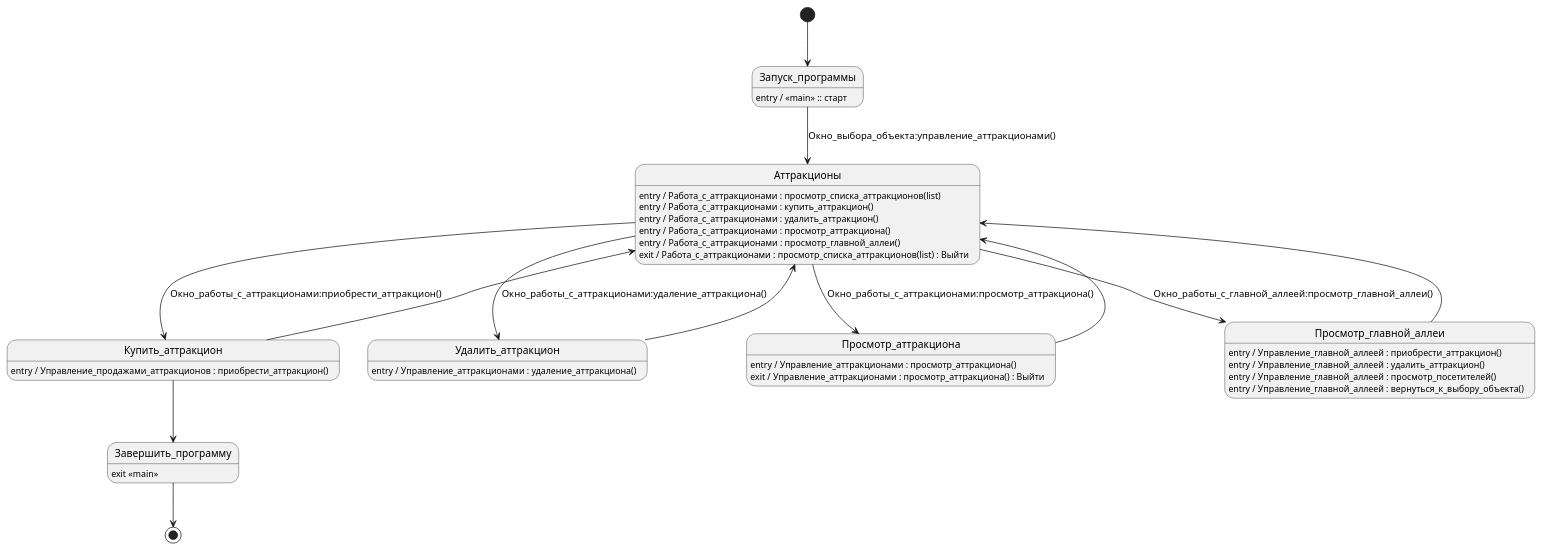
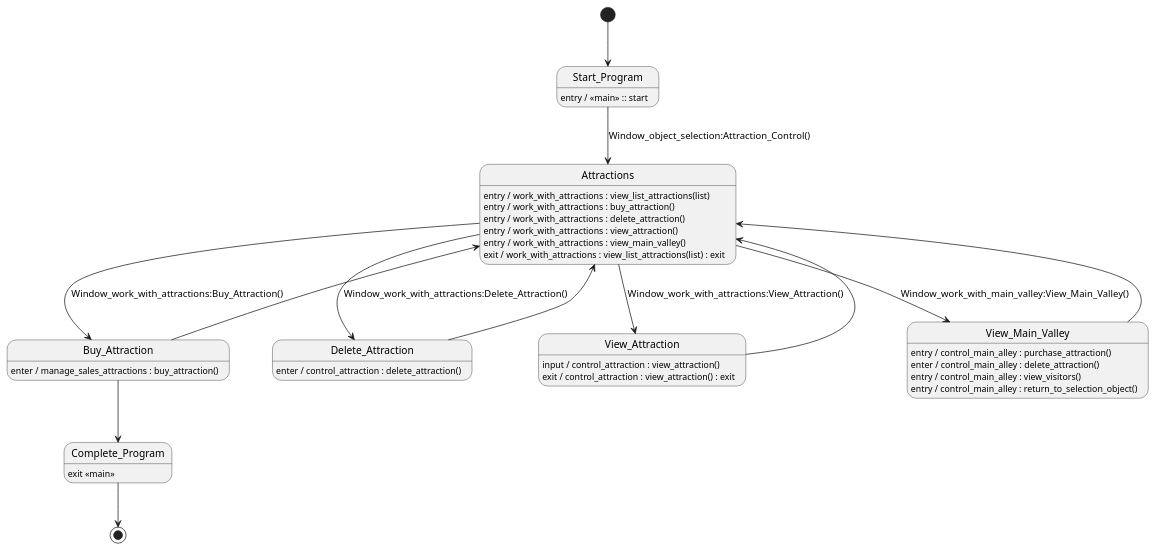
Before and after one commit to mzhirko/amusement-park: the diagram in description/diagrams/diagrams-en/state/state-attractions.wsd, drawn with PlantUML. The commit also changed 5 other files, not shown here.

Commit message:
Translate state + uc diagrams + render images

```diff
--- a/description/diagrams/diagrams-en/state/state-attractions.wsd
+++ b/description/diagrams/diagrams-en/state/state-attractions.wsd
@@ -1,38 +1,38 @@
 @startuml
 hide empty description
 
-[*] --> Запуск_программы
-    Запуск_программы : entry / <<main>> :: старт
-    Запуск_программы --> Аттракционы : Окно_выбора_объекта:управление_аттракционами()
-        Аттракционы : entry / Работа_с_аттракционами : просмотр_списка_аттракционов(list)
-        Аттракционы : entry / Работа_с_аттракционами : купить_аттракцион()
-        Аттракционы : entry / Работа_с_аттракционами : удалить_аттракцион()
-        Аттракционы : entry / Работа_с_аттракционами : просмотр_аттракциона()
-        Аттракционы : entry / Работа_с_аттракционами : просмотр_главной_аллеи()
-        Аттракционы : exit / Работа_с_аттракционами : просмотр_списка_аттракционов(list) : Выйти
+[*] --> Start_Program
+    Start_Program : entry / <<main>> :: start
+    Start_Program --> Attractions : Window_object_selection:Attraction_Control()
+        Attractions : entry / work_with_attractions : view_list_attractions(list)
+        Attractions : entry / work_with_attractions : buy_attraction()
+        Attractions : entry / work_with_attractions : delete_attraction()
+        Attractions : entry / work_with_attractions : view_attraction()
+        Attractions : entry / work_with_attractions : view_main_valley()
+        Attractions : exit / work_with_attractions : view_list_attractions(list) : exit
 
-            Аттракционы --> Купить_аттракцион : Окно_работы_с_аттракционами:приобрести_аттракцион()
-                Купить_аттракцион : entry / Управление_продажами_аттракционов : приобрести_аттракцион()
-            Купить_аттракцион --> Аттракционы
-            Аттракционы --> Удалить_аттракцион : Окно_работы_с_аттракционами:удаление_аттракциона()
-                Удалить_аттракцион : entry / Управление_аттракционами : удаление_аттракциона()
-            Удалить_аттракцион  --> Аттракционы    
-            Аттракционы --> Просмотр_аттракциона : Окно_работы_с_аттракционами:просмотр_аттракциона()
-                Просмотр_аттракциона : entry / Управление_аттракционами : просмотр_аттракциона()
-                Просмотр_аттракциона : exit / Управление_аттракционами : просмотр_аттракциона() : Выйти
-            Просмотр_аттракциона --> Аттракционы
-            Аттракционы --> Просмотр_главной_аллеи : Окно_работы_с_главной_аллеей:просмотр_главной_аллеи()
-                Просмотр_главной_аллеи : entry / Управление_главной_аллеей : приобрести_аттракцион()
-                Просмотр_главной_аллеи : entry / Управление_главной_аллеей : удалить_аттракцион()
-                Просмотр_главной_аллеи : entry / Управление_главной_аллеей : просмотр_посетителей()
-                Просмотр_главной_аллеи : entry / Управление_главной_аллеей : вернуться_к_выбору_объекта()
-            Просмотр_главной_аллеи --> Аттракционы
+            Attractions --> Buy_Attraction : Window_work_with_attractions:Buy_Attraction()
+                Buy_Attraction : enter / manage_sales_attractions : buy_attraction()
+            Buy_Attraction --> Attractions
+            Attractions --> Delete_Attraction : Window_work_with_attractions:Delete_Attraction()
+                Delete_Attraction : enter / control_attraction : delete_attraction()
+            Delete_Attraction --> Attractions    
+            Attractions --> View_Attraction : Window_work_with_attractions:View_Attraction()
+                View_Attraction : input / control_attraction : view_attraction()
+                View_Attraction : exit / control_attraction : view_attraction() : exit
+            View_Attraction --> Attractions
+            Attractions --> View_Main_Valley : Window_work_with_main_valley:View_Main_Valley()
+                View_Main_Valley : entry / control_main_alley : purchase_attraction()
+                View_Main_Valley : enter / control_main_alley : delete_attraction()
+                View_Main_Valley : entry / control_main_alley : view_visitors()
+                View_Main_Valley : entry / control_main_alley : return_to_selection_object()
+            View_Main_Valley --> Attractions
 
 
-            Купить_аттракцион --> Завершить_программу
-            Завершить_программу : exit <<main>>
-            Завершить_программу --> [*]
+            Buy_Attraction --> Complete_Program
+            Complete_Program : exit <<main>>
+            Complete_Program --> [*]
 
             
        
 @enduml
```
